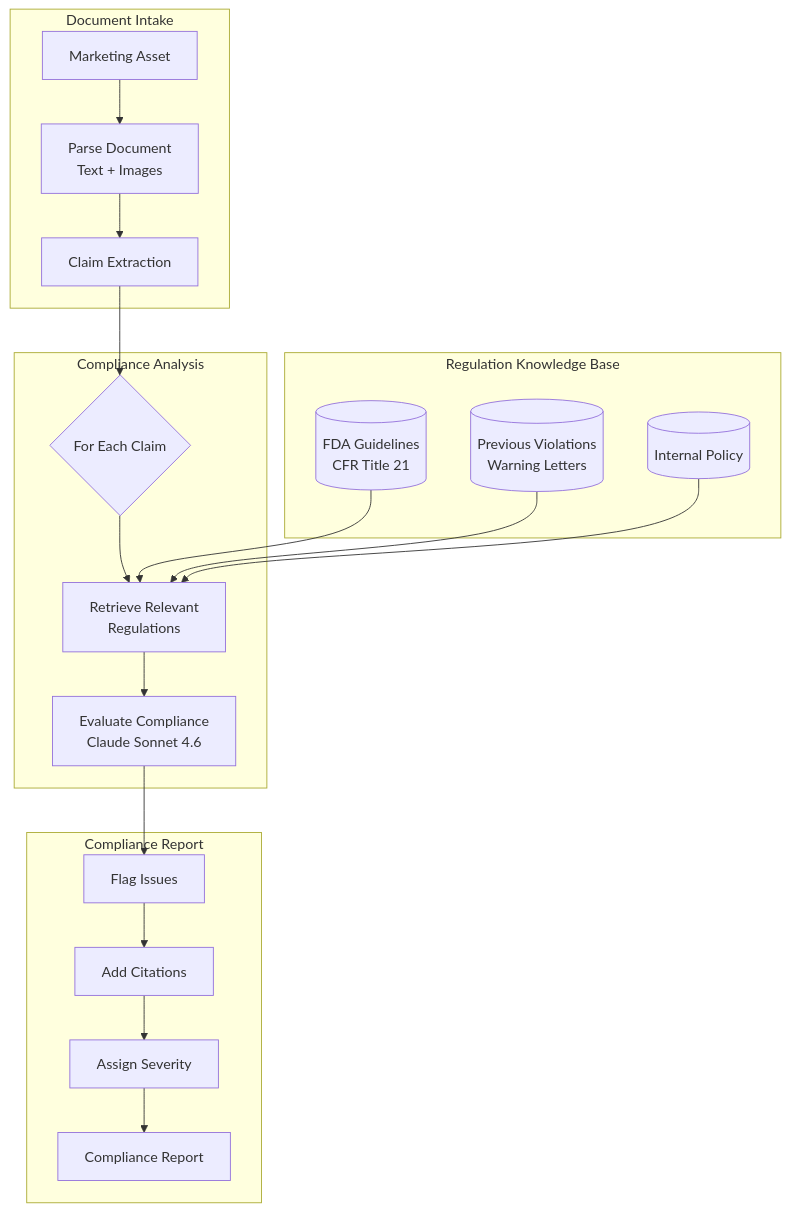
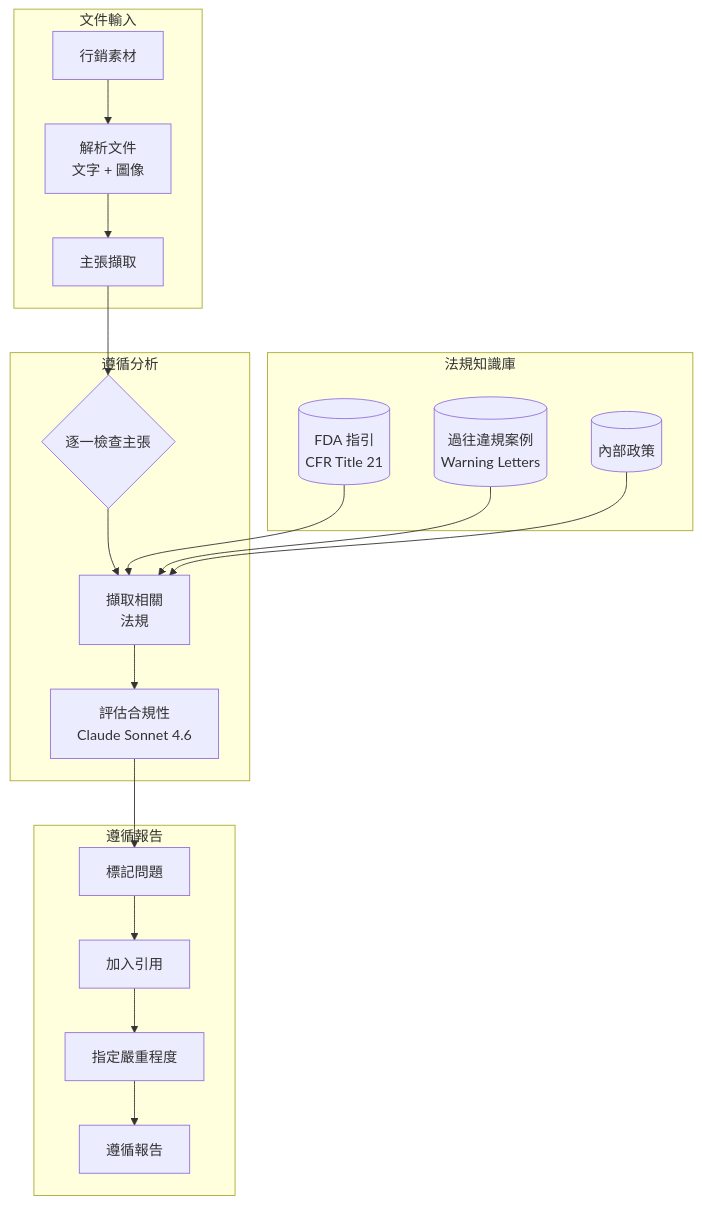
One commit to SidStraw/ai-system-design-guide changed the first of 3 diagrams in 16-case-studies/12-compliance-automation.md. Above: the diagram before and after it, drawn with Mermaid. The commit also changed other lines of this file and 83 other files, not shown here.

````diff
--- a/16-case-studies/12-compliance-automation.md
+++ b/16-case-studies/12-compliance-automation.md
@@ -24,29 +28,29 @@
 ```mermaid
 flowchart TB
-    subgraph Intake["Document Intake"]
-        DOC[Marketing Asset] --> PARSE[Parse Document<br/>Text + Images]
-        PARSE --> CLAIMS[Claim Extraction]
+    subgraph Intake["文件輸入"]
+        DOC[行銷素材] --> PARSE[解析文件<br/>文字 + 圖像]
+        PARSE --> CLAIMS[主張擷取]
     end
 
-    subgraph Regulations["Regulation Knowledge Base"]
-        FDA[(FDA Guidelines<br/>CFR Title 21)]
-        PRECEDENT[(Previous Violations<br/>Warning Letters)]
-        INTERNAL[(Internal Policy)]
+    subgraph Regulations["法規知識庫"]
+        FDA[(FDA 指引<br/>CFR Title 21)]
+        PRECEDENT[(過往違規案例<br/>Warning Letters)]
+        INTERNAL[(內部政策)]
     end
 
-    subgraph Analysis["Compliance Analysis"]
-        CLAIMS --> CHECK{For Each Claim}
-        CHECK --> RETRIEVE[Retrieve Relevant<br/>Regulations]
+    subgraph Analysis["遵循分析"]
+        CLAIMS --> CHECK{逐一檢查主張}
+        CHECK --> RETRIEVE[擷取相關<br/>法規]
         FDA --> RETRIEVE
         PRECEDENT --> RETRIEVE
         INTERNAL --> RETRIEVE
-        RETRIEVE --> EVALUATE[Evaluate Compliance<br/>Claude Sonnet 4.6]
+        RETRIEVE --> EVALUATE[評估合規性<br/>Claude Sonnet 4.6]
     end
 
-    subgraph Output["Compliance Report"]
-        EVALUATE --> ISSUES[Flag Issues]
-        ISSUES --> CITE[Add Citations]
-        CITE --> SEVERITY[Assign Severity]
-        SEVERITY --> REPORT[Compliance Report]
+    subgraph Output["遵循報告"]
+        EVALUATE --> ISSUES[標記問題]
+        ISSUES --> CITE[加入引用]
+        CITE --> SEVERITY[指定嚴重程度]
+        SEVERITY --> REPORT[遵循報告]
     end
 ```
````
